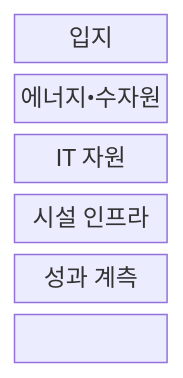
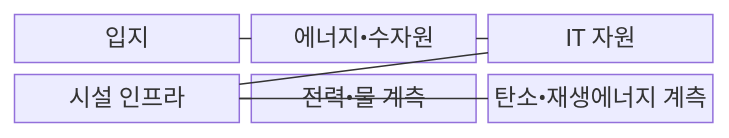
One commit to agnusdei1207/knowledge-base changed the first of 2 diagrams in src/content/docs/notes/06-evaluation/041_green_datacenter_design.md. Above: the diagram before and after it, drawn with Mermaid. The commit also changed other lines of this file and 15 other files, not shown here.

````diff
--- a/src/content/docs/notes/06-evaluation/041_green_datacenter_design.md
+++ b/src/content/docs/notes/06-evaluation/041_green_datacenter_design.md
@@ -69,11 +70,11 @@
 ```mermaid
 block-beta
-  columns 1
-  L["입지"]
-  R["에너지•수자원"]
-  I["IT 자원"]
-  F["시설 인프라"]
-  M["성과 계측"]
-  L --- R --- I
-  I --- F --- M
+  columns 3
+  L["입지"] R["에너지•수자원"] I["IT 자원"]
+  F["시설 인프라"] E["전력•물 계측"] C["탄소•재생에너지 계측"]
+  L --- R
+  R --- I
+  I --- F
+  F --- E
+  F --- C
 ```
````
